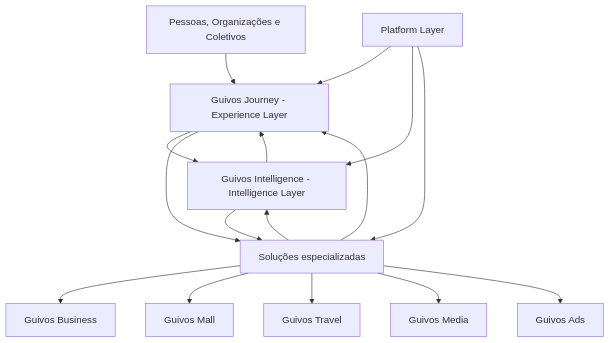
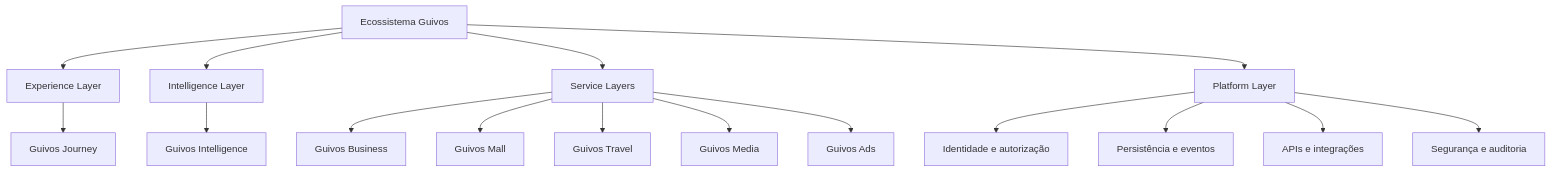
The first of 2 diagrams in docs/product-architecture/pas-001-guivos-journey.md (guivos-repositorio/Guivos-Knowledge-Repository), drawn with Mermaid before and after one commit. The commit also changed other lines of this file and 10 other files, not shown here.

First line of the commit message:
Publicação Controlada do PAS-001 — Guivos Journey 1.0.0

````diff
--- a/docs/product-architecture/pas-001-guivos-journey.md
+++ b/docs/product-architecture/pas-001-guivos-journey.md
@@ -97,29 +167,24 @@
 ```mermaid
 flowchart TD
-    P["Pessoas, Organizações e Coletivos"]
-    J["Guivos Journey - Experience Layer"]
-    I["Guivos Intelligence - Intelligence Layer"]
-    S["Soluções especializadas"]
-    B["Guivos Business"]
-    M["Guivos Mall"]
-    T["Guivos Travel"]
-    MD["Guivos Media"]
-    A["Guivos Ads"]
-    PL["Platform Layer"]
+    E["Ecossistema Guivos"]
 
-    P --> J
-    J --> I
-    I --> J
-    J --> S
-    S --> J
-    I --> S
-    S --> I
-    S --> B
-    S --> M
-    S --> T
-    S --> MD
-    S --> A
-    PL --> J
-    PL --> I
-    PL --> S
+    E --> EL["Experience Layer"]
+    E --> IL["Intelligence Layer"]
+    E --> SL["Service Layers"]
+    E --> PL["Platform Layer"]
+
+    EL --> J["Guivos Journey"]
+
+    IL --> GI["Guivos Intelligence"]
+
+    SL --> B["Guivos Business"]
+    SL --> M["Guivos Mall"]
+    SL --> T["Guivos Travel"]
+    SL --> MD["Guivos Media"]
+    SL --> A["Guivos Ads"]
+
+    PL --> ID["Identidade e autorização"]
+    PL --> DATA["Persistência e eventos"]
+    PL --> API["APIs e integrações"]
+    PL --> SEC["Segurança e auditoria"]
 ```
````
